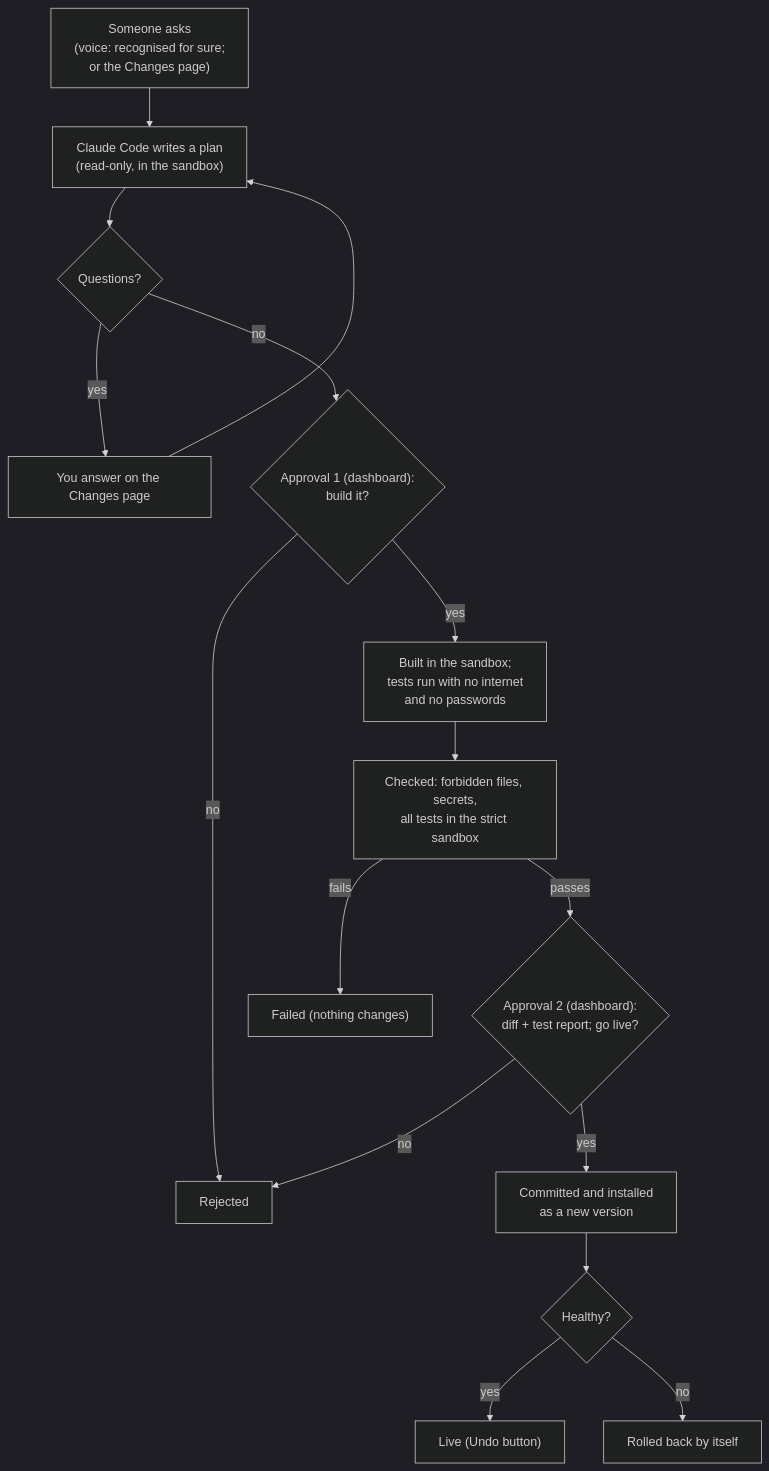
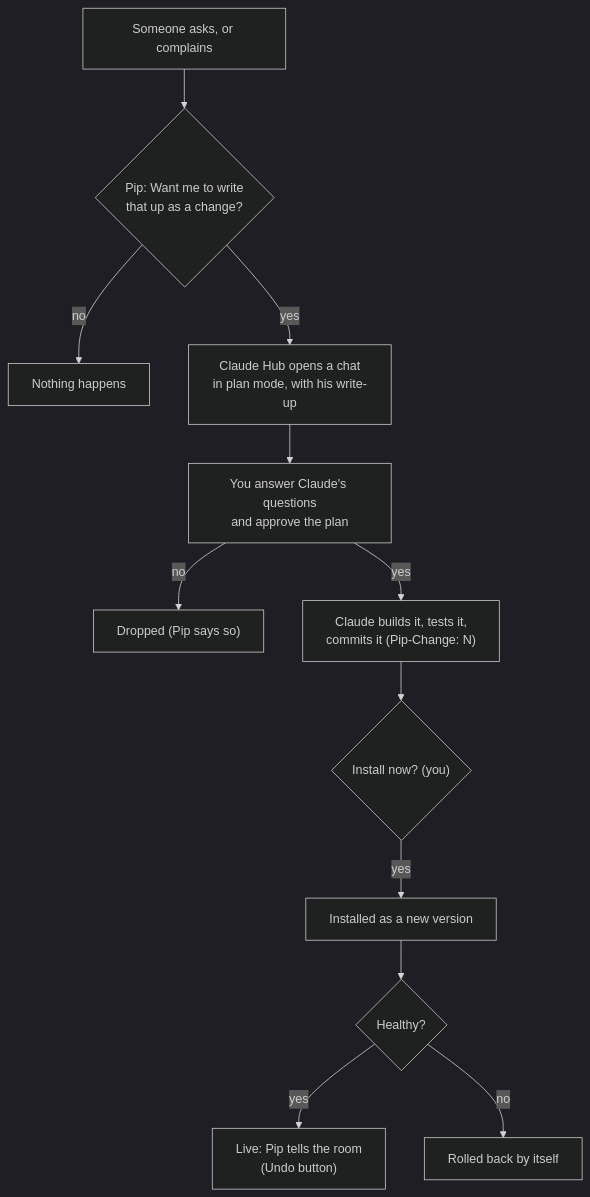
One commit to LandenHeine17/pip changed the eighth of 9 diagrams in docs/PIP-SPEC.md. Above: the diagram before and after it, drawn with Mermaid (dark theme). The commit also changed other lines of this file and 45 other files, not shown here.

First line of the commit message:
Self-changes in Claude Hub: Pip offers to write a change up, the Hub chat does the rest (D-152)

````diff
--- a/docs/PIP-SPEC.md
+++ b/docs/PIP-SPEC.md
@@ -293,17 +295,14 @@
 ```mermaid
 flowchart TD
-    A["Someone asks<br/>(voice: recognised for sure;<br/>or the Changes page)"] --> P["Claude Code writes a plan<br/>(read-only, in the sandbox)"]
-    P --> Q{"Questions?"}
-    Q -- "yes" --> QA["You answer on the Changes page"] --> P
-    Q -- "no" --> AP1{"Approval 1 (dashboard):<br/>build it?"}
-    AP1 -- "no" --> R["Rejected"]
-    AP1 -- "yes" --> B["Built in the sandbox;<br/>tests run with no internet<br/>and no passwords"]
-    B --> C["Checked: forbidden files, secrets,<br/>all tests in the strict sandbox"]
-    C -- "fails" --> F["Failed (nothing changes)"]
-    C -- "passes" --> AP2{"Approval 2 (dashboard):<br/>diff + test report; go live?"}
-    AP2 -- "no" --> R
-    AP2 -- "yes" --> D["Committed and installed<br/>as a new version"]
-    D --> H{"Healthy?"}
-    H -- "yes" --> L["Live (Undo button)"]
-    H -- "no" --> RB["Rolled back by itself"]
+    A["Someone asks, or complains"] --> O{"Pip: Want me to write<br/>that up as a change?"}
+    O -- "no" --> N["Nothing happens"]
+    O -- "yes" --> H["Claude Hub opens a chat<br/>in plan mode, with his write-up"]
+    H --> Q["You answer Claude's questions<br/>and approve the plan"]
+    Q -- "no" --> R["Dropped (Pip says so)"]
+    Q -- "yes" --> B["Claude builds it, tests it,<br/>commits it (Pip-Change: N)"]
+    B --> I{"Install now? (you)"}
+    I -- "yes" --> D["Installed as a new version"]
+    D --> HL{"Healthy?"}
+    HL -- "yes" --> L["Live: Pip tells the room<br/>(Undo button)"]
+    HL -- "no" --> RB["Rolled back by itself"]
 ```
````
